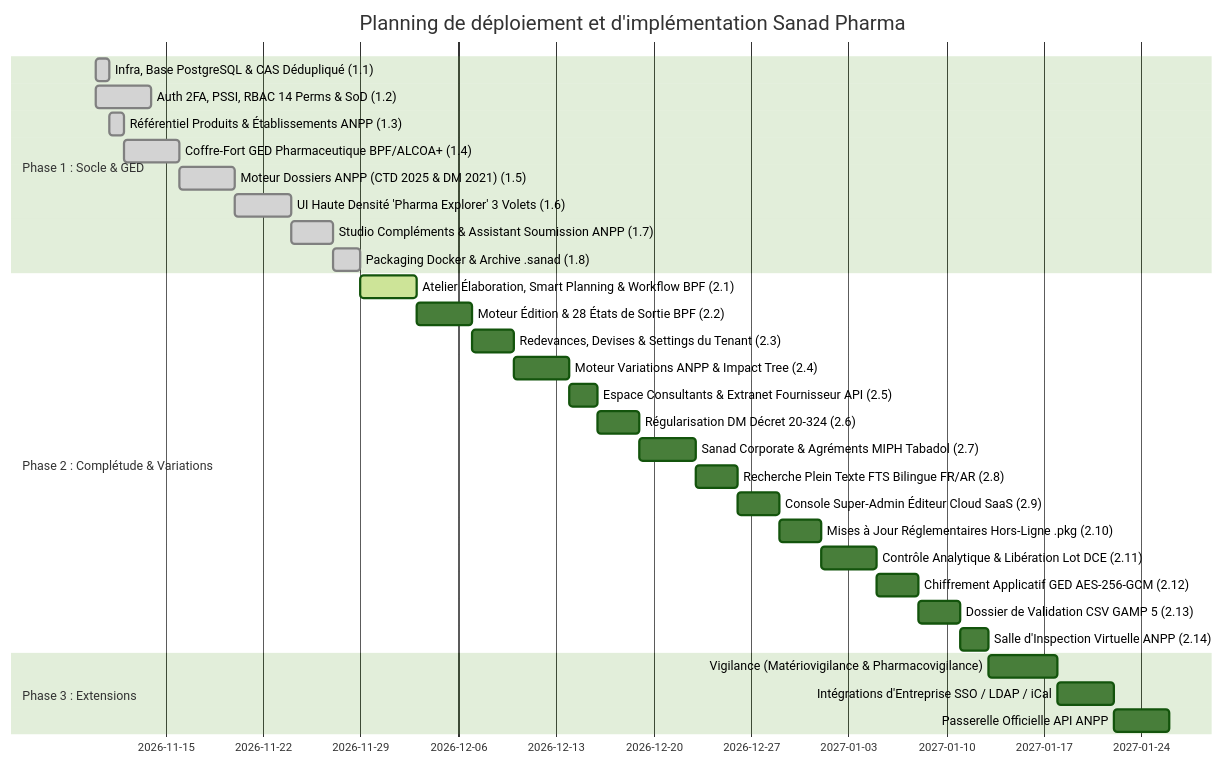
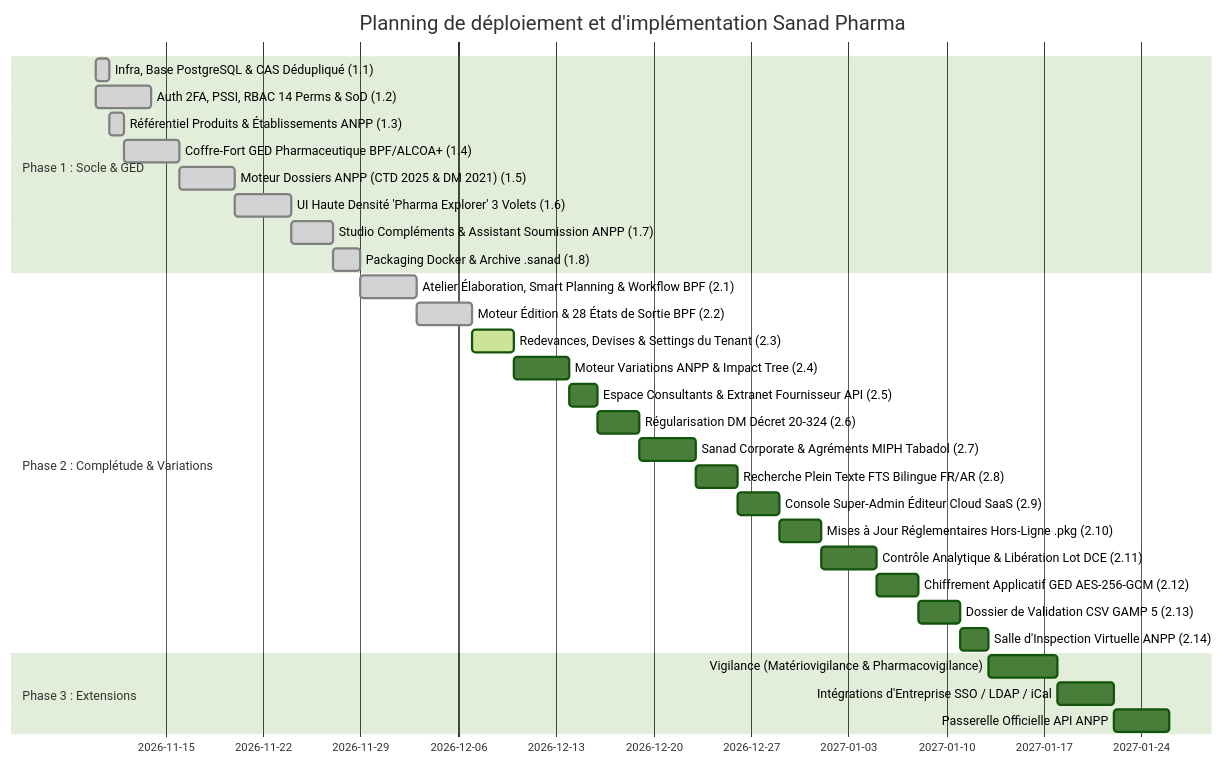
The diagram in docs/roadmap.md (aassr1965/homolog), drawn with Mermaid (forest theme) before and after one commit. The commit also changed other lines of this file and 1 other file, not shown here.

Commit message:
docs(roadmap): mise a jour des jalons 2.1 et 2.2 completes et cadrage du jalon 2.3

````diff
--- a/docs/roadmap.md
+++ b/docs/roadmap.md
@@ -23,33 +23,33 @@
 ```mermaid
 gantt
     title Planning de déploiement et d'implémentation Sanad Pharma
     dateFormat  YYYY-MM-DD
     section Phase 1 : Socle & GED
     Infra, Base PostgreSQL & CAS Dédupliqué (1.1)    :done, p1_1, 2026-11-10, 1d
     Auth 2FA, PSSI, RBAC 14 Perms & SoD (1.2)        :done, p1_2, 2026-11-10, 4d
     Référentiel Produits & Établissements ANPP (1.3) :done, p1_3, 2026-11-11, 1d
     Coffre-Fort GED Pharmaceutique BPF/ALCOA+ (1.4)  :done, p1_4, after p1_3, 4d
     Moteur Dossiers ANPP (CTD 2025 & DM 2021) (1.5)  :done, p1_5, after p1_4, 4d
     UI Haute Densité 'Pharma Explorer' 3 Volets (1.6):done, p1_6, after p1_5, 4d
     Studio Compléments & Assistant Soumission ANPP (1.7) :done, p1_7, after p1_6, 3d
     Packaging Docker & Archive .sanad (1.8)          :done, p1_8, after p1_7, 2d
     section Phase 2 : Complétude & Variations
-    Atelier Élaboration, Smart Planning & Workflow BPF (2.1):active, p2_1, after p1_8, 4d
-    Moteur Édition & 28 États de Sortie BPF (2.2)    :p2_2, after p2_1, 4d
-    Redevances, Devises & Settings du Tenant (2.3)   :p2_3, after p2_2, 3d
+    Atelier Élaboration, Smart Planning & Workflow BPF (2.1):done, p2_1, after p1_8, 4d
+    Moteur Édition & 28 États de Sortie BPF (2.2)    :done, p2_2, after p2_1, 4d
+    Redevances, Devises & Settings du Tenant (2.3)   :active, p2_3, after p2_2, 3d
     Moteur Variations ANPP & Impact Tree (2.4)       :p2_4, after p2_3, 4d
     Espace Consultants & Extranet Fournisseur API (2.5):p2_5, after p2_4, 2d
     Régularisation DM Décret 20-324 (2.6)            :p2_6, after p2_5, 3d
     Sanad Corporate & Agréments MIPH Tabadol (2.7)   :p2_7, after p2_6, 4d
     Recherche Plein Texte FTS Bilingue FR/AR (2.8)   :p2_8, after p2_7, 3d
     Console Super-Admin Éditeur Cloud SaaS (2.9)     :p2_9, after p2_8, 3d
     Mises à Jour Réglementaires Hors-Ligne .pkg (2.10):p2_10, after p2_9, 3d
     Contrôle Analytique & Libération Lot DCE (2.11)  :p2_11, after p2_10, 4d
     Chiffrement Applicatif GED AES-256-GCM (2.12)   :p2_12, after p2_11, 3d
     Dossier de Validation CSV GAMP 5 (2.13)          :p2_13, after p2_12, 3d
     Salle d'Inspection Virtuelle ANPP (2.14)         :p2_14, after p2_13, 2d
     section Phase 3 : Extensions
     Vigilance (Matériovigilance & Pharmacovigilance) :p3_1, after p2_14, 5d
     Intégrations d'Entreprise SSO / LDAP / iCal      :p3_2, after p3_1, 4d
     Passerelle Officielle API ANPP                   :p3_3, after p3_2, 4d
 ```
````
